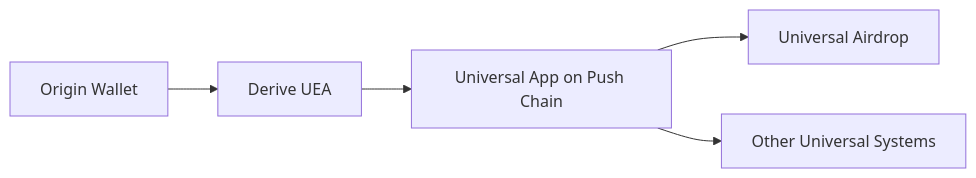
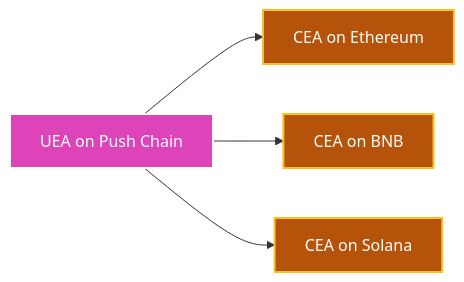
The third of 3 diagrams in docs/chain/01-tutorials/02-power-features/02-Tutorial-Derive-Universal-Executor-Account.mdx (VirenPanchal18/push-website), drawn with Mermaid before and after one commit. The commit also changed other lines of this file and 2 other files, not shown here.

Commit message:
docs: add universal cross-chain counters tutorial with multi-destination dispatch pattern, update UEA/CEA tutorial navigation and heading hierarchy

````diff
--- a/docs/chain/01-tutorials/02-power-features/02-Tutorial-Derive-Universal-Executor-Account.mdx
+++ b/docs/chain/01-tutorials/02-power-features/02-Tutorial-Derive-Universal-Executor-Account.mdx
@@ -616,7 +614,11 @@
 ```mermaid
 flowchart LR
-  A[Origin Wallet] --> B[Derive UEA]
-  B --> C[Universal App on Push Chain]
-  C --> D[Universal Airdrop]
-  C --> E[Other Universal Systems]
+    A[UEA on Push Chain] --> B[CEA on Ethereum]
+    A --> C[CEA on BNB]
+    A --> D[CEA on Solana]
+
+    style A fill:#dd44b9,stroke:#fff,stroke-width:2px,color:#fff
+    style B fill:#b45309,stroke:#fbbf24,stroke-width:2px,color:#fff
+    style C fill:#b45309,stroke:#fbbf24,stroke-width:2px,color:#fff
+    style D fill:#b45309,stroke:#fbbf24,stroke-width:2px,color:#fff
 ```
````
